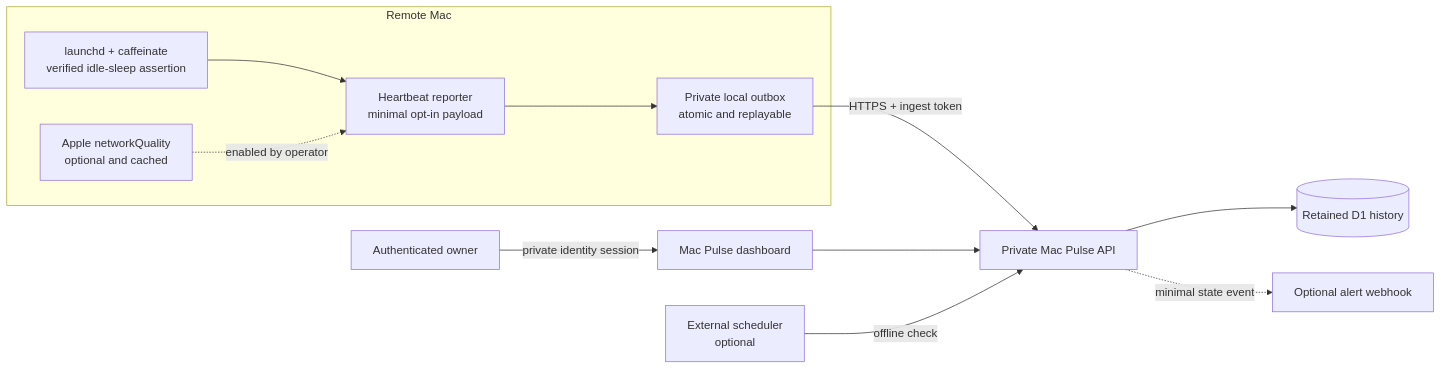
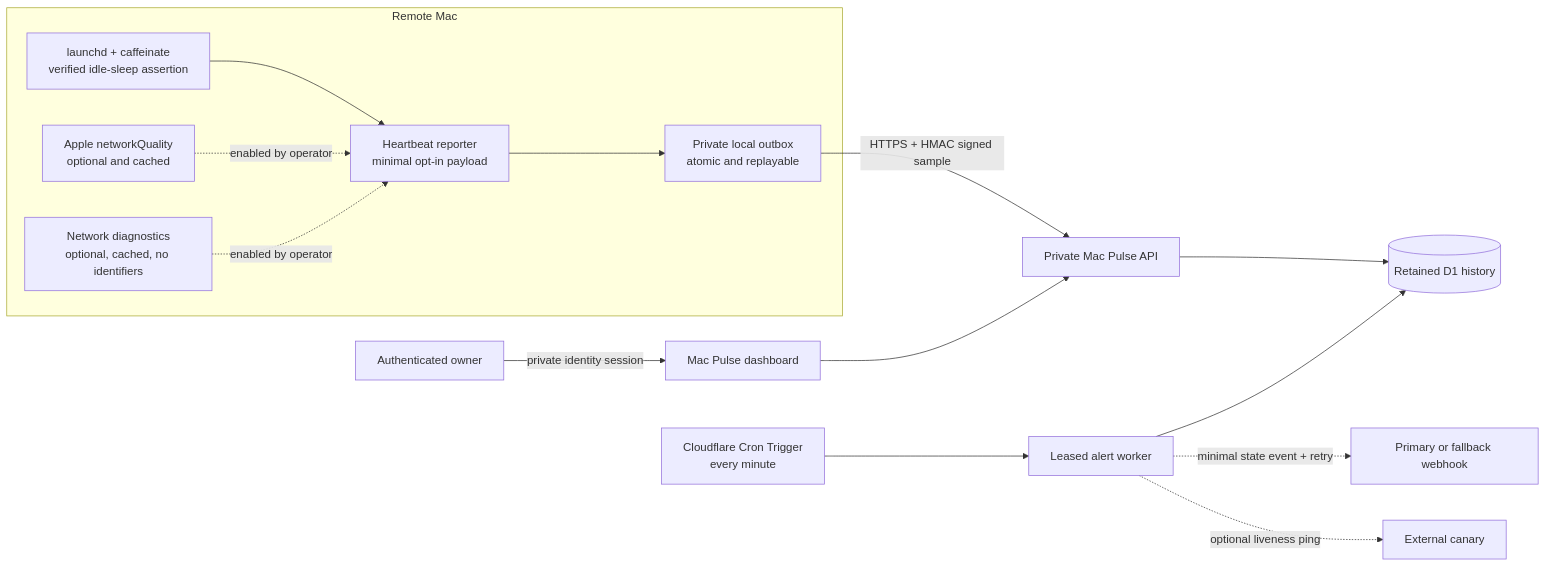
One commit to xudaniel/remote-mac-keepawake changed the diagram in docs/ARCHITECTURE.md. Above: the diagram before and after it, drawn with Mermaid. The commit also changed other lines of this file and 36 other files, not shown here.

First line of the commit message:
feat: ship resilient Mac Pulse v1.4.0 (#36)

````diff
--- a/docs/ARCHITECTURE.md
+++ b/docs/ARCHITECTURE.md
@@ -8,19 +8,23 @@
 ```mermaid
 flowchart LR
   subgraph Mac[Remote Mac]
     KA[launchd + caffeinate\nverified idle-sleep assertion]
     HB[Heartbeat reporter\nminimal opt-in payload]
     OQ[Private local outbox\natomic and replayable]
     NQ[Apple networkQuality\noptional and cached]
+    ND[Network diagnostics\noptional, cached, no identifiers]
     KA --> HB
     NQ -. enabled by operator .-> HB
+    ND -. enabled by operator .-> HB
     HB --> OQ
   end
 
-  OQ -->|HTTPS + ingest token| API[Private Mac Pulse API]
+  OQ -->|HTTPS + HMAC signed sample| API[Private Mac Pulse API]
   API --> DB[(Retained D1 history)]
   Owner[Authenticated owner] -->|private identity session| UI[Mac Pulse dashboard]
   UI --> API
-  Scheduler[External scheduler\noptional] -->|offline check| API
-  API -. minimal state event .-> Webhook[Optional alert webhook]
+  Cron[Cloudflare Cron Trigger\nevery minute] --> Worker[Leased alert worker]
+  Worker --> DB
+  Worker -. minimal state event + retry .-> Webhook[Primary or fallback webhook]
+  Worker -. optional liveness ping .-> Canary[External canary]
 ```
````
